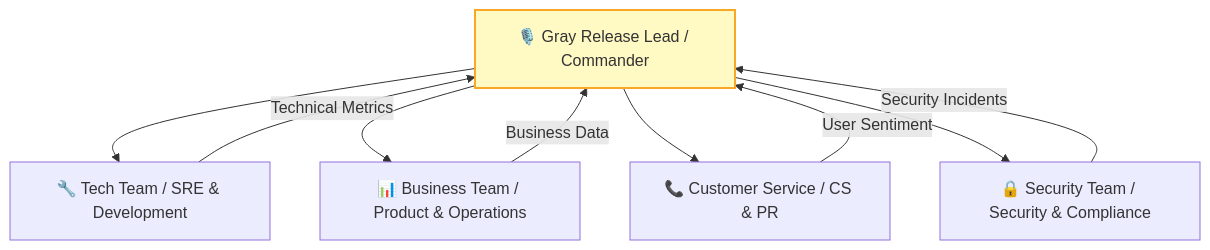
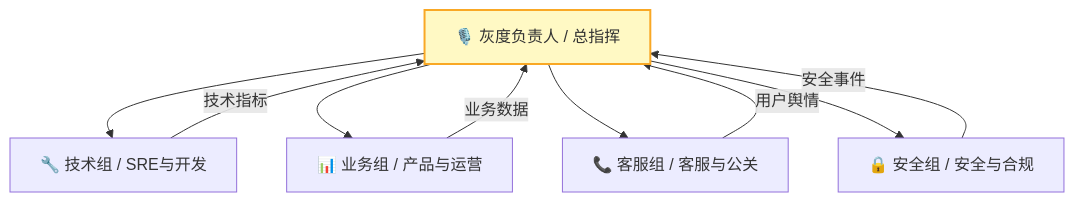
One commit to Kirky-X/cangjie changed the ninth of 9 diagrams in templates/Product/Delivery/Template-Canary-Plan.md. Above: the diagram before and after it, drawn with Mermaid. The commit also changed other lines of this file and 33 other files, not shown here.

````diff
--- a/templates/Product/Delivery/Template-Canary-Plan.md
+++ b/templates/Product/Delivery/Template-Canary-Plan.md
@@ -474,14 +474,14 @@
 ```mermaid
 graph TD
-    RC[🎙️ Gray Release Lead / Commander] --> T1[🔧 Tech Team / SRE & Development]
-    RC --> T2[📊 Business Team / Product & Operations]
-    RC --> T3[📞 Customer Service / CS & PR]
-    RC --> T4[🔒 Security Team / Security & Compliance]
+    RC[🎙️ 灰度负责人 / 总指挥] --> T1[🔧 技术组 / SRE与开发]
+    RC --> T2[📊 业务组 / 产品与运营]
+    RC --> T3[📞 客服组 / 客服与公关]
+    RC --> T4[🔒 安全组 / 安全与合规]
 
-    T1 -->|Technical Metrics| RC
-    T2 -->|Business Data| RC
-    T3 -->|User Sentiment| RC
-    T4 -->|Security Incidents| RC
+    T1 -->|技术指标| RC
+    T2 -->|业务数据| RC
+    T3 -->|用户舆情| RC
+    T4 -->|安全事件| RC
 
     style RC fill:#fff9c4,stroke:#f9a825,stroke-width:2px
 ```
````
